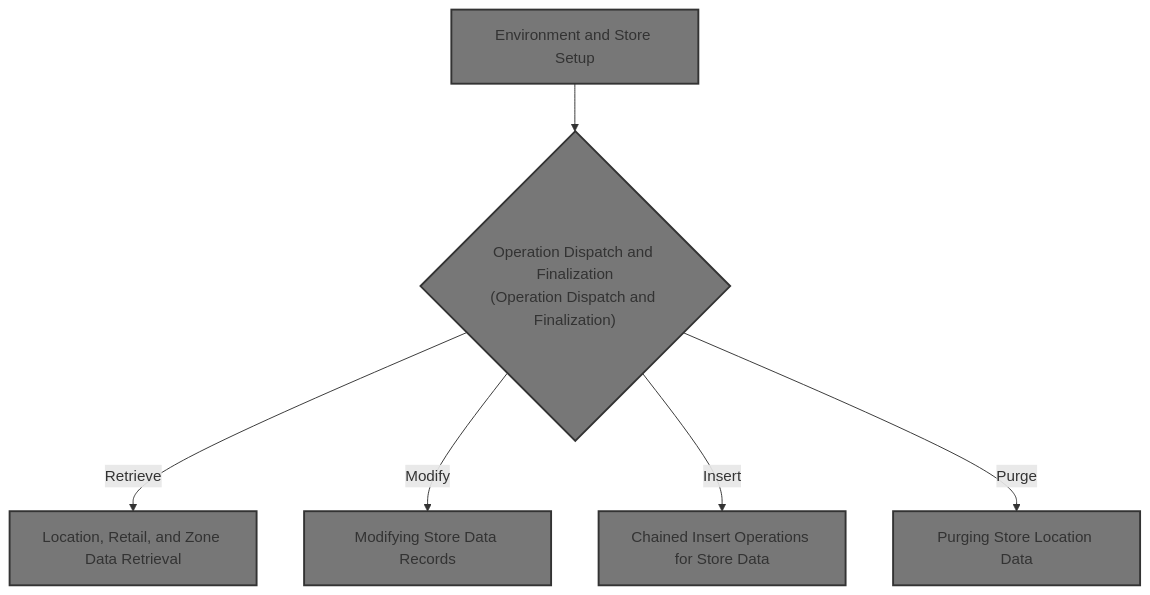
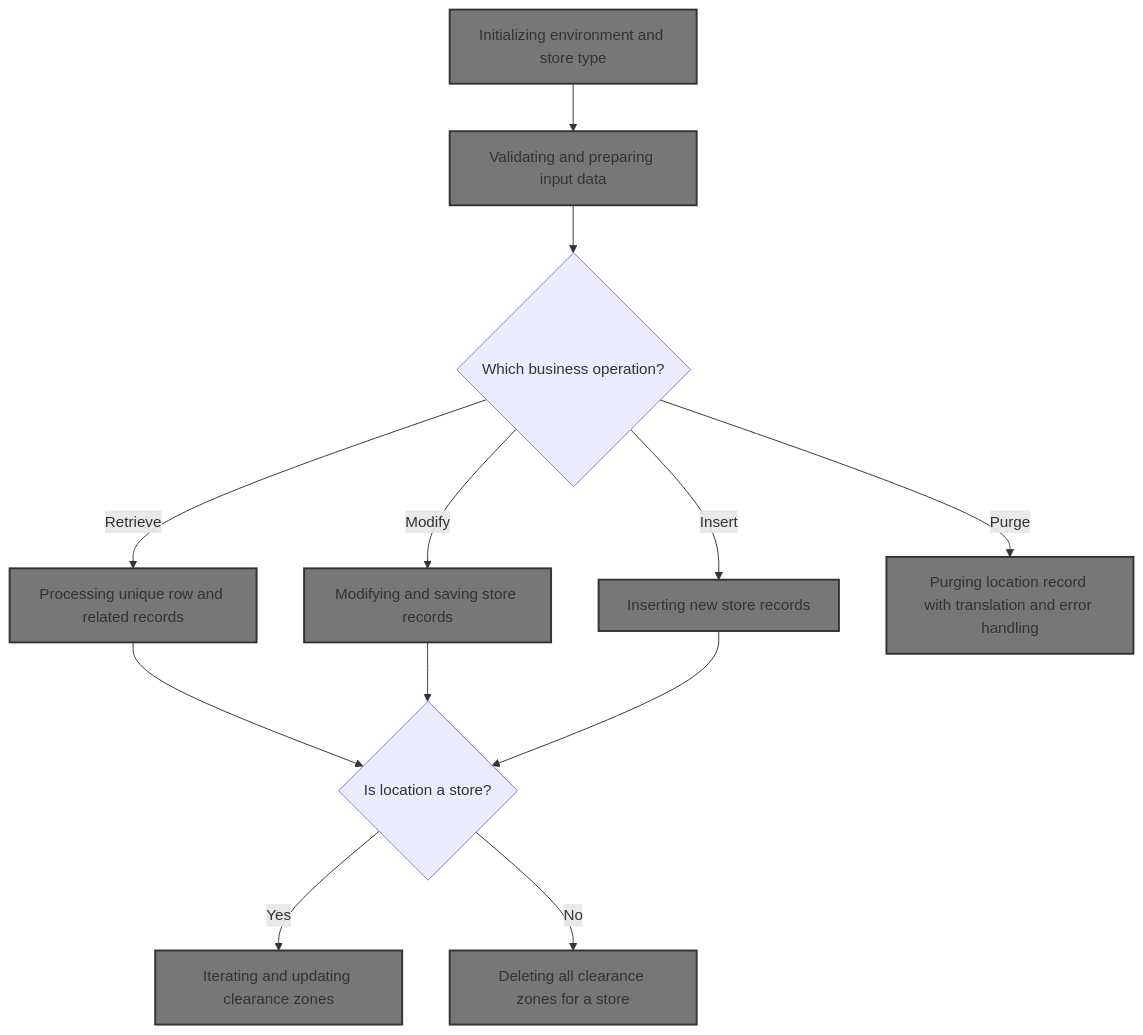
Before and after one commit to Giri-Swimm/Swimmio-dyncall-demo: the diagram in .swm/database-operation-handler-wwws0003-overview.4gi7ltyk.sw.md, drawn with Mermaid. The commit also changed other lines of this file and 13 other files, not shown here.

````diff
--- a/.swm/database-operation-handler-wwws0003-overview.4gi7ltyk.sw.md
+++ b/.swm/database-operation-handler-wwws0003-overview.4gi7ltyk.sw.md
@@ -8,16 +8,24 @@
 ```mermaid
 flowchart TD
-    node1["Environment and Store Setup"]:::HeadingStyle --> node2{"Operation Dispatch and Finalization
-(Operation Dispatch and Finalization)"}:::HeadingStyle
-    click node1 goToHeading "Environment and Store Setup"
-    click node2 goToHeading "Operation Dispatch and Finalization"
-    node2 -->|"Retrieve"| node3["Location, Retail, and Zone Data Retrieval"]:::HeadingStyle
-    click node3 goToHeading "Location, Retail, and Zone Data Retrieval"
-    node2 -->|"Modify"| node4["Modifying Store Data Records"]:::HeadingStyle
-    click node4 goToHeading "Modifying Store Data Records"
-    node2 -->|"Insert"| node5["Chained Insert Operations for Store Data"]:::HeadingStyle
-    click node5 goToHeading "Chained Insert Operations for Store Data"
-    node2 -->|"Purge"| node6["Purging Store Location Data"]:::HeadingStyle
-    click node6 goToHeading "Purging Store Location Data"
+  node1["Initializing environment and store type"]:::HeadingStyle
+  click node1 goToHeading "Initializing environment and store type"
+  node1 --> node2["Validating and preparing input data"]:::HeadingStyle
+  click node2 goToHeading "Validating and preparing input data"
+  node2 --> node3{"Which business operation?"}
+  node3 -->|"Retrieve"| node4["Processing unique row and related records"]:::HeadingStyle
+  click node4 goToHeading "Processing unique row and related records"
+  node3 -->|"Modify"| node5["Modifying and saving store records"]:::HeadingStyle
+  click node5 goToHeading "Modifying and saving store records"
+  node3 -->|"Insert"| node6["Inserting new store records"]:::HeadingStyle
+  click node6 goToHeading "Inserting new store records"
+  node3 -->|"Purge"| node7["Purging location record with translation and error handling"]:::HeadingStyle
+  click node7 goToHeading "Purging location record with translation and error handling"
+  node4 --> node8{"Is location a store?"}
+  node5 --> node8
+  node6 --> node8
+  node8 -->|"Yes"| node9["Iterating and updating clearance zones"]:::HeadingStyle
+  click node9 goToHeading "Iterating and updating clearance zones"
+  node8 -->|"No"| node10["Deleting all clearance zones for a store"]:::HeadingStyle
+  click node10 goToHeading "Deleting all clearance zones for a store"
 classDef HeadingStyle fill:#777777,stroke:#333,stroke-width:2px;
 ```
````
